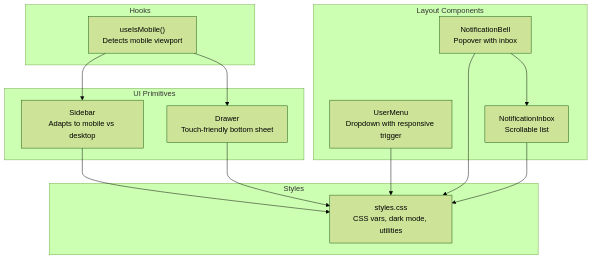
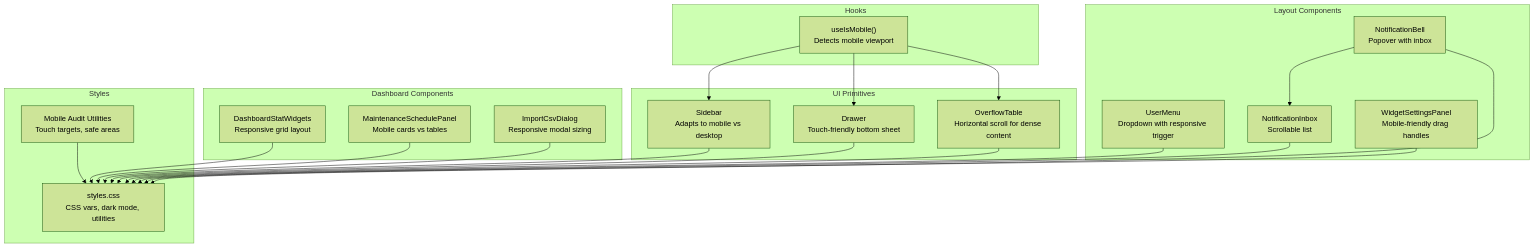
The first of 10 diagrams in .qoder/repowiki/en/content/Component Architecture/Responsive Design Patterns.md (gastaldellomarco/pcReady), drawn with Mermaid (forest theme) before and after one commit. The commit also changed other lines of this file and 15 other files, not shown here.

````diff
--- a/.qoder/repowiki/en/content/Component Architecture/Responsive Design Patterns.md
+++ b/.qoder/repowiki/en/content/Component Architecture/Responsive Design Patterns.md
@@ -40,26 +56,41 @@
 ```mermaid
 graph TB
 subgraph "Hooks"
 UM["useIsMobile()<br/>Detects mobile viewport"]
 end
 subgraph "UI Primitives"
 SB["Sidebar<br/>Adapts to mobile vs desktop"]
 DR["Drawer<br/>Touch-friendly bottom sheet"]
+OT["OverflowTable<br/>Horizontal scroll for dense content"]
 end
 subgraph "Layout Components"
 NM["UserMenu<br/>Dropdown with responsive trigger"]
 NB["NotificationBell<br/>Popover with inbox"]
 NI["NotificationInbox<br/>Scrollable list"]
+WS["WidgetSettingsPanel<br/>Mobile-friendly drag handles"]
+end
+subgraph "Dashboard Components"
+DSW["DashboardStatWidgets<br/>Responsive grid layout"]
+MS["MaintenanceSchedulePanel<br/>Mobile cards vs tables"]
+ICD["ImportCsvDialog<br/>Responsive modal sizing"]
 end
 subgraph "Styles"
 ST["styles.css<br/>CSS vars, dark mode, utilities"]
+MA["Mobile Audit Utilities<br/>Touch targets, safe areas"]
 end
 UM --> SB
 UM --> DR
+UM --> OT
 SB --> ST
 DR --> ST
+OT --> ST
 NM --> ST
 NB --> NI
 NB --> ST
 NI --> ST
+WS --> ST
+DSW --> ST
+MS --> ST
+ICD --> ST
+MA --> ST
 ```
````
